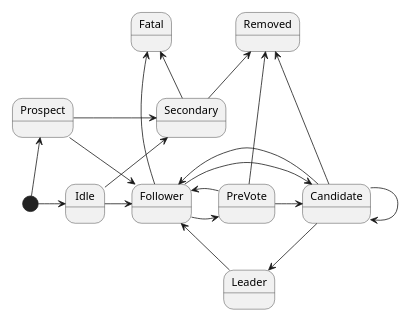
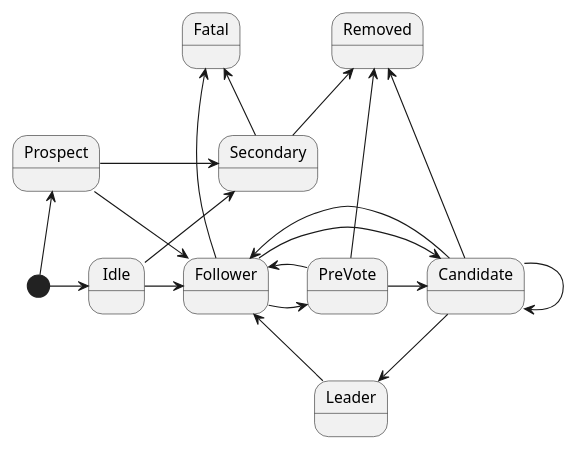
Before and after one commit to AxonIQ/axon-server-se: the diagram in README.md, drawn with PlantUML. The commit also changed other lines of this file, not shown here.

Commit message:
Add raft documentation, updated with the last improvements.

````diff
--- a/README.md
+++ b/README.md
@@ -99,23 +99,25 @@
+```puml
 @startuml
-scale 350 width
+scale 500 width
 [*] -up-> Prospect
 [*] -right-> Idle
 Prospect -right-> Secondary
 Prospect -down-> Follower
 Secondary -up-> Fatal
 Idle -up-> Secondary
 Idle -right-> Follower
 Follower -right-> Candidate
 Follower -right-> PreVote
 Follower -up-> Fatal
 PreVote -right-> Candidate
 Candidate -down-> Leader
 Candidate --> Candidate
 Candidate -left-> Follower
 Leader -up-> Follower
 PreVote -left-> Follower
 PreVote -up-> Removed
 Secondary -up-> Removed
 Candidate -up-> Removed
 'Leader -up-> Removed
 @enduml
+```
````
